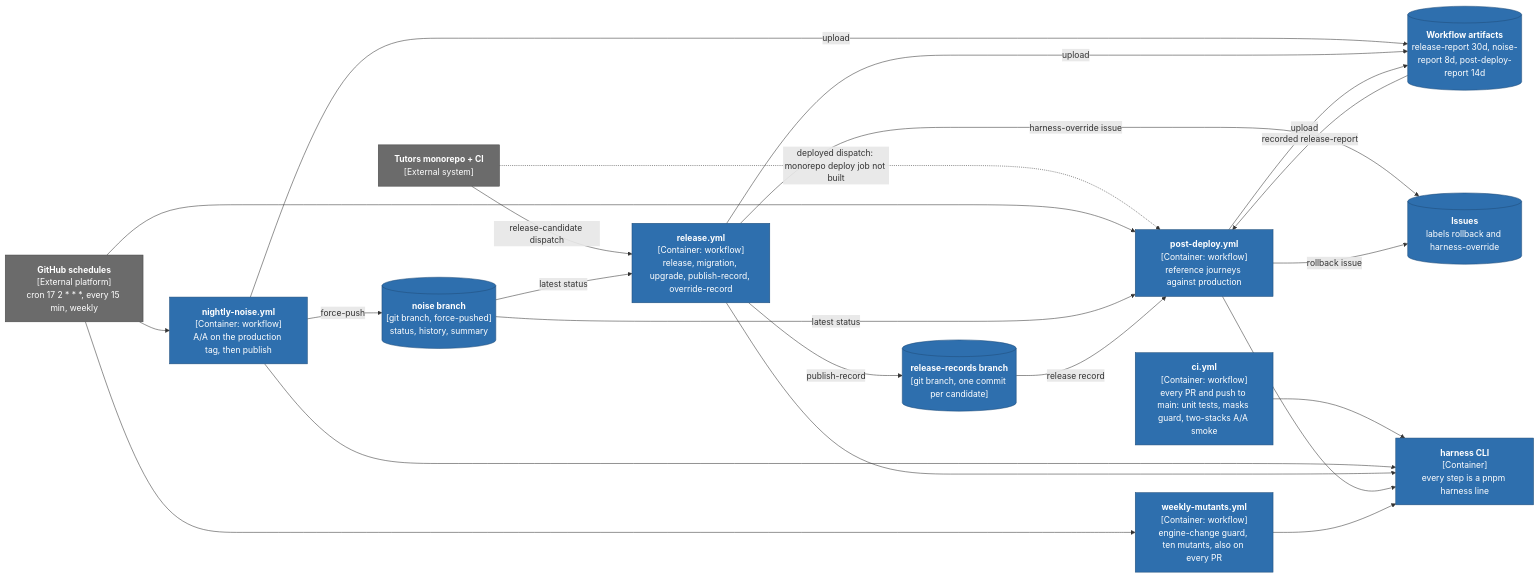
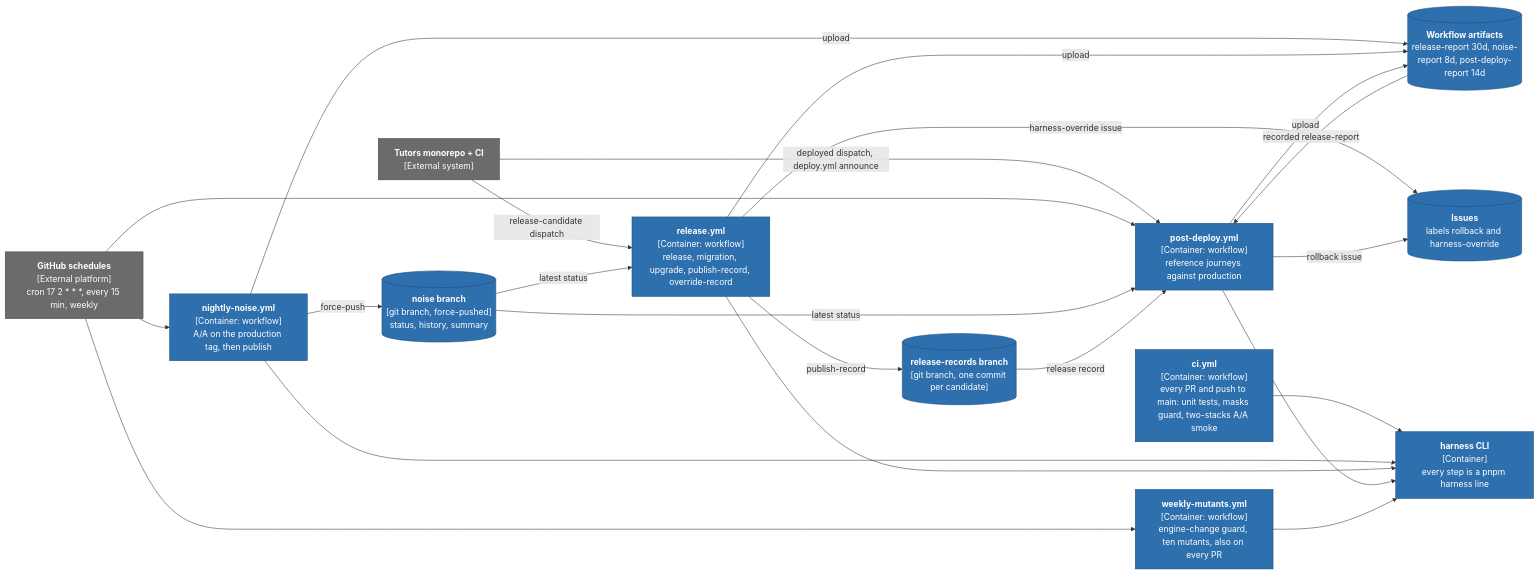
The third of 4 diagrams in docs/architecture/02-containers.md (tutors-sdk/tutors-release-harness), drawn with Mermaid before and after one commit. The commit also changed 6 other files, not shown here.

Commit message:
Architecture docs: reflect the merged monorepo work (deploy.yml, promotion, local trigger) and record doc drift

````diff
--- a/docs/architecture/02-containers.md
+++ b/docs/architecture/02-containers.md
@@ -149,43 +149,43 @@
 ```mermaid
 flowchart LR
   mono["<b>Tutors monorepo + CI</b><br/>[External system]"]:::ext
   cron["<b>GitHub schedules</b><br/>[External platform]<br/>cron 17 2 * * *, every 15 min, weekly"]:::ext
 
   ci["<b>ci.yml</b><br/>[Container: workflow]<br/>every PR and push to main: unit tests, masks guard, two-stacks A/A smoke"]:::container
   nightly["<b>nightly-noise.yml</b><br/>[Container: workflow]<br/>A/A on the production tag, then publish"]:::container
   release["<b>release.yml</b><br/>[Container: workflow]<br/>release, migration, upgrade, publish-record, override-record"]:::container
   post["<b>post-deploy.yml</b><br/>[Container: workflow]<br/>reference journeys against production"]:::container
   weekly["<b>weekly-mutants.yml</b><br/>[Container: workflow]<br/>engine-change guard, ten mutants, also on every PR"]:::container
 
   noiseb[("<b>noise branch</b><br/>[git branch, force-pushed]<br/>status, history, summary")]:::store
   recb[("<b>release-records branch</b><br/>[git branch, one commit per candidate]")]:::store
   art[("<b>Workflow artifacts</b><br/>release-report 30d, noise-report 8d, post-deploy-report 14d")]:::store
   issues[("<b>Issues</b><br/>labels rollback and harness-override")]:::store
   cli["<b>harness CLI</b><br/>[Container]<br/>every step is a pnpm harness line"]:::container
 
   mono -->|"release-candidate dispatch"| release
-  mono -.->|"deployed dispatch: monorepo deploy job not built"| post
+  mono -->|"deployed dispatch, deploy.yml announce"| post
   cron --> nightly
   cron --> post
   cron --> weekly
   nightly -->|"force-push"| noiseb
   release -->|"publish-record"| recb
   nightly -->|"upload"| art
   release -->|"upload"| art
   post -->|"upload"| art
   release -->|"harness-override issue"| issues
   post -->|"rollback issue"| issues
   noiseb -->|"latest status"| release
   noiseb -->|"latest status"| post
   recb -->|"release record"| post
   art -->|"recorded release-report"| post
   ci --> cli
   nightly --> cli
   release --> cli
   post --> cli
   weekly --> cli
 
   classDef container fill:#2e6fae,stroke:#1f4d7a,color:#ffffff
   classDef store fill:#2e6fae,stroke:#1f4d7a,color:#ffffff
   classDef ext fill:#6b6b6b,stroke:#444444,color:#ffffff
 ```
````
